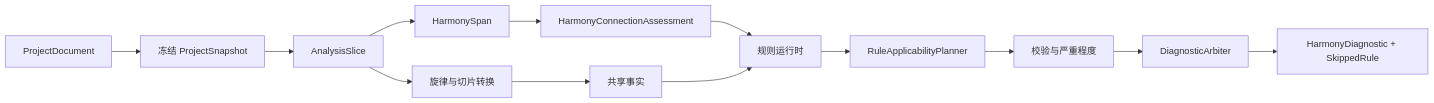
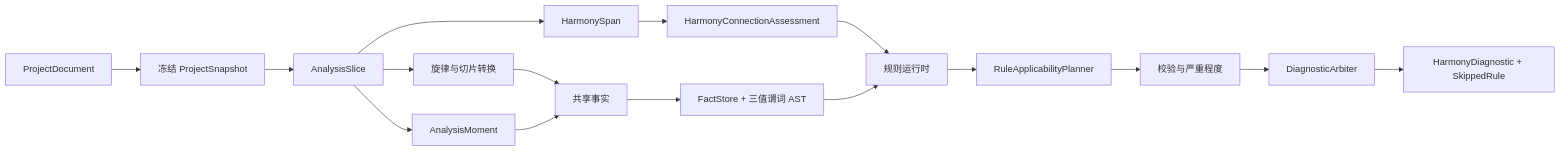
One commit to VoidState-1/SATB-Master changed the diagram in Docs/harmony-engine.md. Above: the diagram before and after it, drawn with Mermaid. The commit also changed other lines of this file and 25 other files, not shown here.

````diff
--- a/Docs/harmony-engine.md
+++ b/Docs/harmony-engine.md
@@ -20,15 +20,18 @@
 ```mermaid
 flowchart LR
   P["ProjectDocument"] --> F["冻结 ProjectSnapshot"]
   F --> S["AnalysisSlice"]
   S --> T["旋律与切片转换"]
   S --> H["HarmonySpan"]
+  S --> M["AnalysisMoment"]
   H --> C["HarmonyConnectionAssessment"]
   T --> X["共享事实"]
+  M --> X
+  X --> Q["FactStore + 三值谓词 AST"]
   C --> R["规则运行时"]
-  X --> R
+  Q --> R
   R --> A["RuleApplicabilityPlanner"]
   A --> V["校验与严重程度"]
   V --> D["DiagnosticArbiter"]
   D --> O["HarmonyDiagnostic + SkippedRule"]
 ```
````
